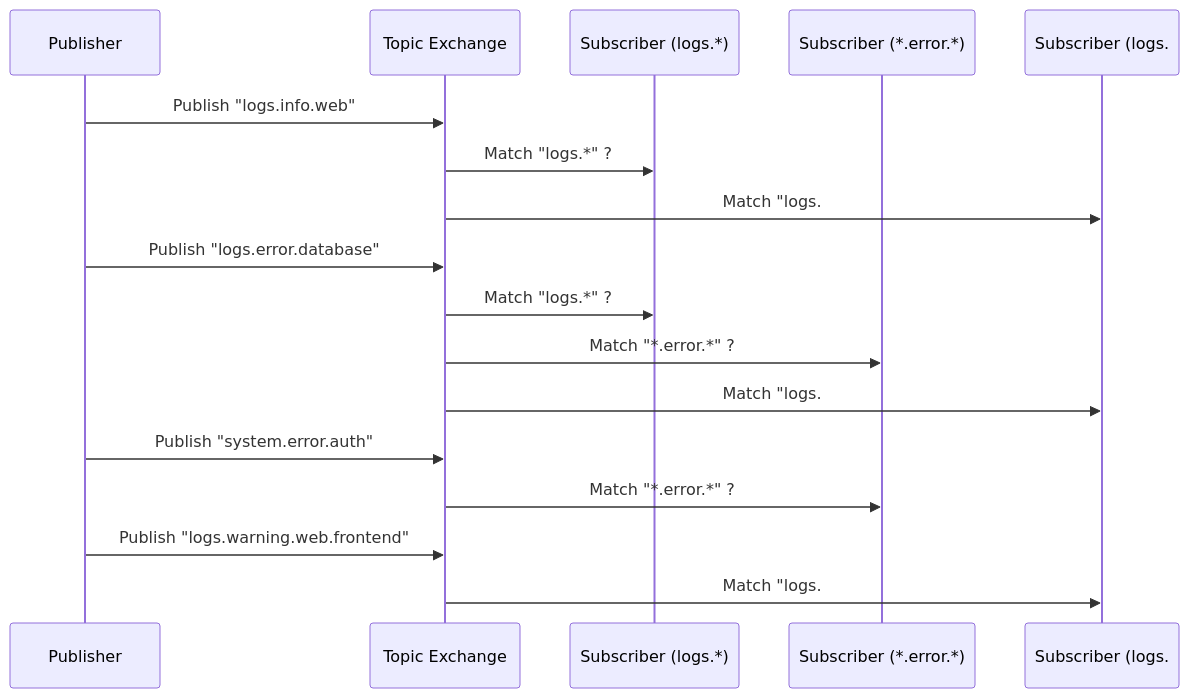
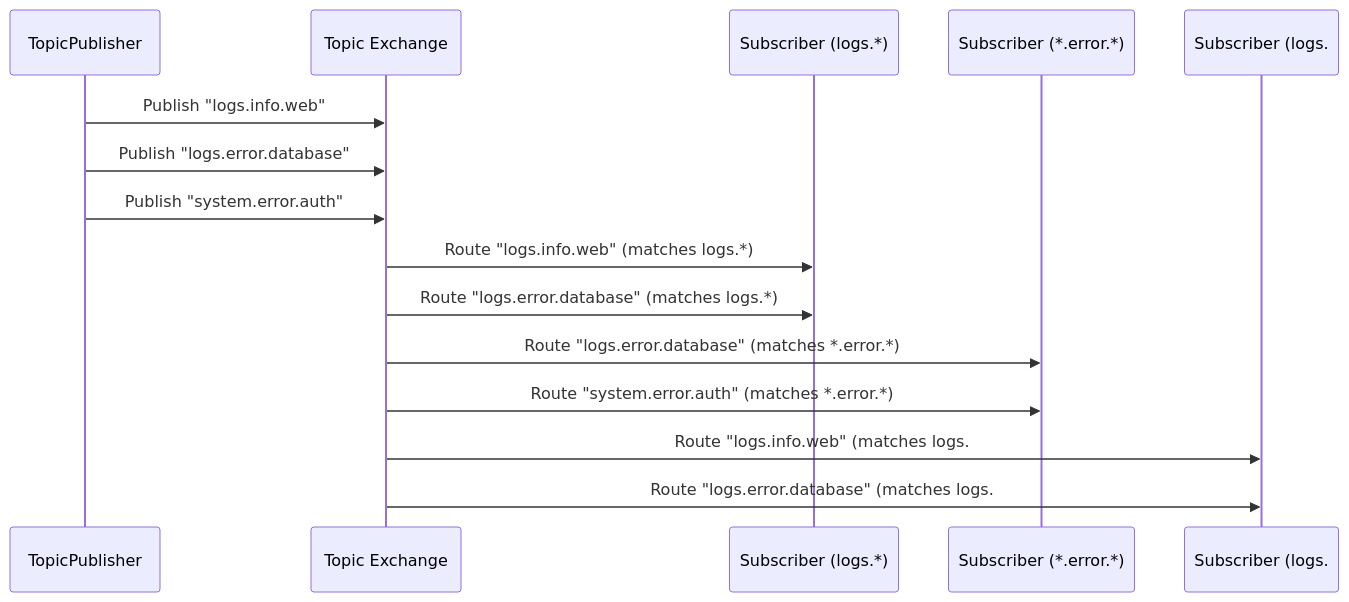
The second of 5 diagrams in RabbitTests/UseCase4_Topics/UseCase4_README.md (egarim/RabbitTests), drawn with Mermaid before and after one commit. The commit also changed other lines of this file and 7 other files, not shown here.

````diff
--- a/RabbitTests/UseCase4_Topics/UseCase4_README.md
+++ b/RabbitTests/UseCase4_Topics/UseCase4_README.md
@@ -91,23 +91,21 @@
 ```mermaid
 sequenceDiagram
-    participant P as Publisher
+    participant P as TopicPublisher
     participant E as Topic Exchange
     participant S1 as Subscriber (logs.*)
     participant S2 as Subscriber (*.error.*)
     participant S3 as Subscriber (logs.#)
     
     P->>E: Publish "logs.info.web"
-    E->>S1: Match "logs.*" ?
-    E->>S3: Match "logs.#" ?
+    P->>E: Publish "logs.error.database"
+    P->>E: Publish "system.error.auth"
     
-    P->>E: Publish "logs.error.database"
-    E->>S1: Match "logs.*" ?
-    E->>S2: Match "*.error.*" ?
-    E->>S3: Match "logs.#" ?
+    E->>S1: Route "logs.info.web" (matches logs.*)
+    E->>S1: Route "logs.error.database" (matches logs.*)
     
-    P->>E: Publish "system.error.auth"
-    E->>S2: Match "*.error.*" ?
+    E->>S2: Route "logs.error.database" (matches *.error.*)
+    E->>S2: Route "system.error.auth" (matches *.error.*)
     
-    P->>E: Publish "logs.warning.web.frontend"
-    E->>S3: Match "logs.#" ?
+    E->>S3: Route "logs.info.web" (matches logs.#)
+    E->>S3: Route "logs.error.database" (matches logs.#)
 ```
````
